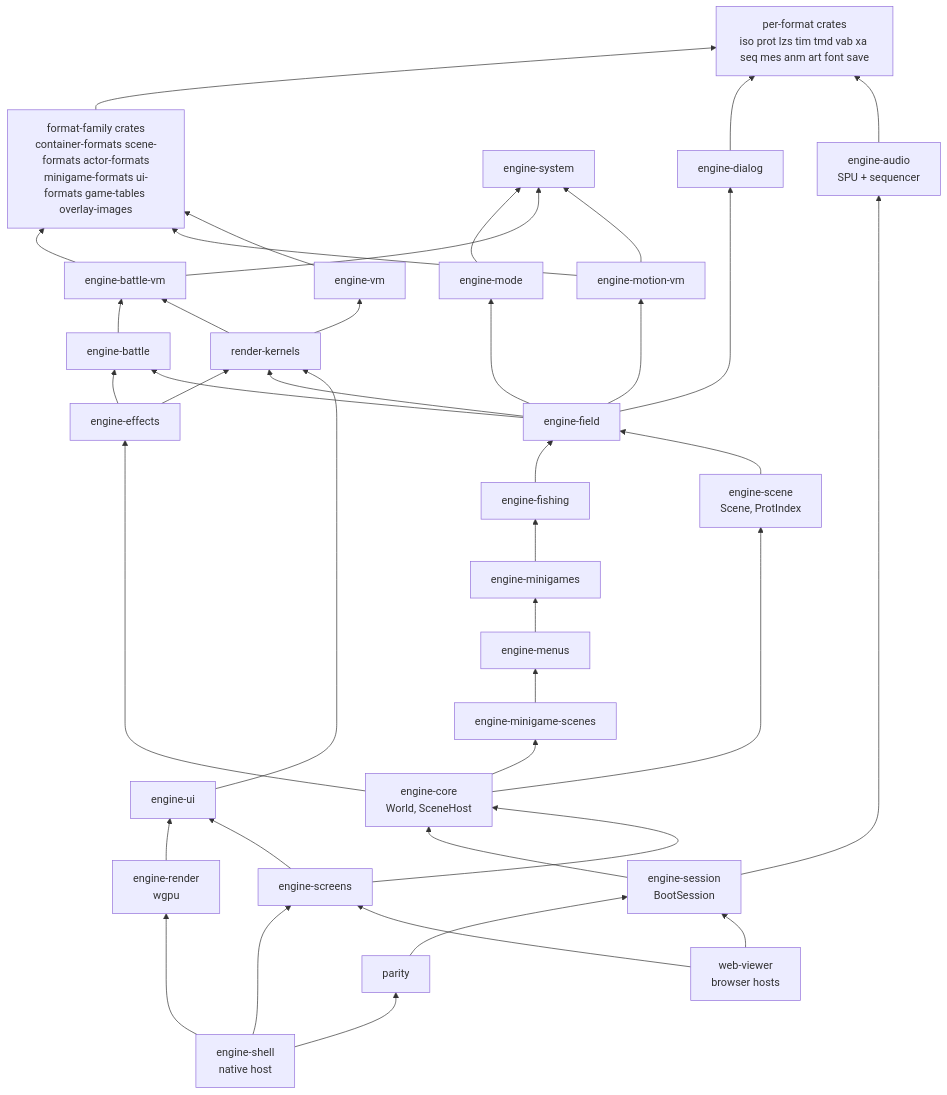
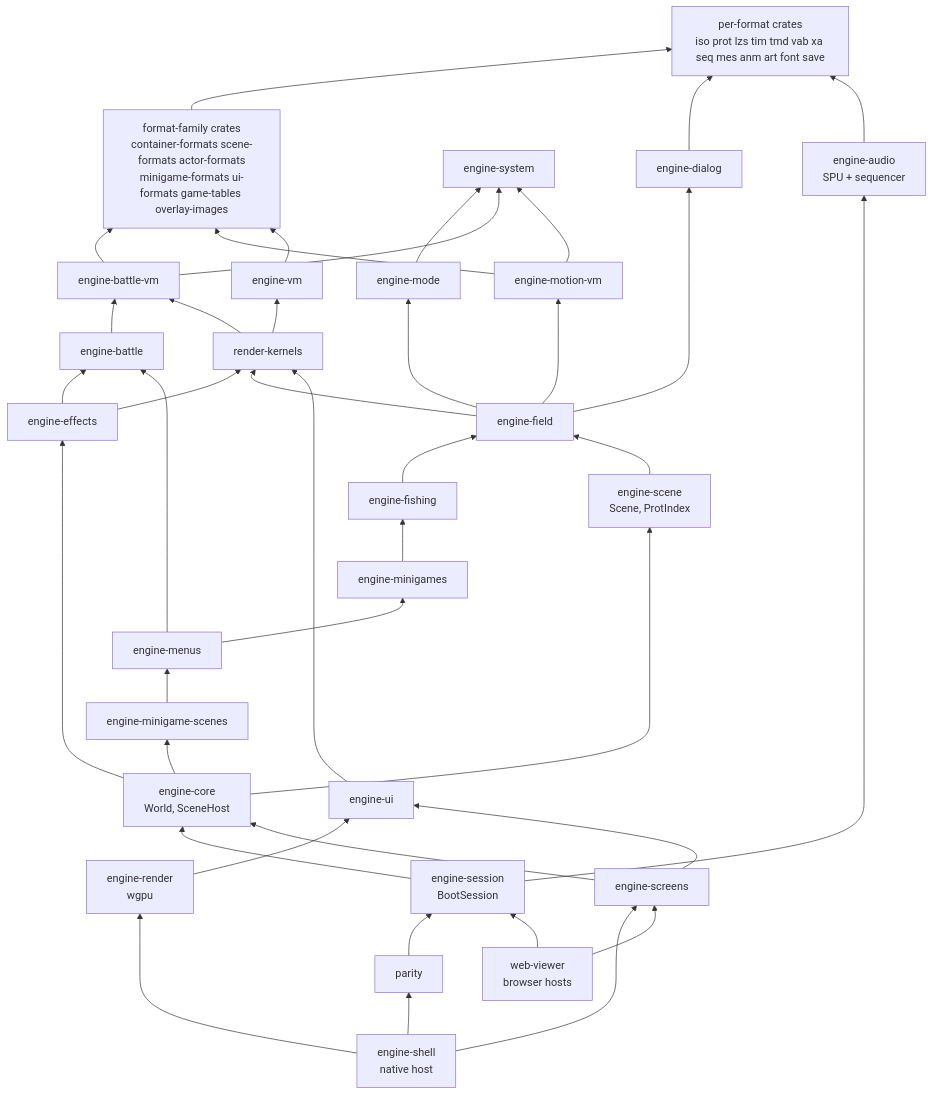
The first of 4 diagrams in docs/subsystems/engine.md (AndrewAltimit/legend-of-legaia-re), drawn with Mermaid before and after one commit. The commit also changed other lines of this file and 72 other files, not shown here.

````diff
--- a/docs/subsystems/engine.md
+++ b/docs/subsystems/engine.md
@@ -39,69 +39,69 @@
 ```mermaid
 flowchart BT
     FMT["per-format crates<br/>iso prot lzs tim tmd vab xa seq mes anm art font save"]
     FAM["format-family crates<br/>container-formats scene-formats actor-formats<br/>minigame-formats ui-formats game-tables overlay-images"]
     ESYS["engine-system"]
     EMODE["engine-mode"]
     EDLG["engine-dialog"]
     EBV["engine-battle-vm"]
     EMV["engine-motion-vm"]
     EVM["engine-vm"]
     EB["engine-battle"]
     RK["render-kernels"]
     EFX["engine-effects"]
     EFIELD["engine-field"]
     EFISH["engine-fishing"]
     EMG["engine-minigames"]
     EMENU["engine-menus"]
     EMGS["engine-minigame-scenes"]
     ESCN["engine-scene<br/>Scene, ProtIndex"]
     CORE["engine-core<br/>World, SceneHost"]
     EUI["engine-ui"]
     EREN["engine-render<br/>wgpu"]
     EAUD["engine-audio<br/>SPU + sequencer"]
     SESS["engine-session<br/>BootSession"]
     SCR["engine-screens"]
     PAR["parity"]
     SHELL["engine-shell<br/>native host"]
     WEB["web-viewer<br/>browser hosts"]
 
     FAM --> FMT
     EDLG --> FMT
     EMODE --> ESYS
     EBV --> ESYS
     EBV --> FAM
     EMV --> ESYS
     EMV --> FAM
     EVM --> FAM
     EB --> EBV
     RK --> EBV
     RK --> EVM
     EFX --> RK
     EFX --> EB
     EFIELD --> EMODE
     EFIELD --> EMV
     EFIELD --> EDLG
     EFIELD --> RK
-    EFIELD --> EB
+    EMENU --> EB
     EFISH --> EFIELD
     EMG --> EFISH
     EMENU --> EMG
     EMGS --> EMENU
     ESCN --> EFIELD
     CORE --> ESCN
     CORE --> EFX
     CORE --> EMGS
     EUI --> RK
     EREN --> EUI
     EAUD --> FMT
     SESS --> CORE
     SESS --> EAUD
     SCR --> CORE
     SCR --> EUI
     PAR --> SESS
     SHELL --> PAR
     SHELL --> SCR
     SHELL --> EREN
     WEB --> SESS
     WEB --> SCR
 ```
````
